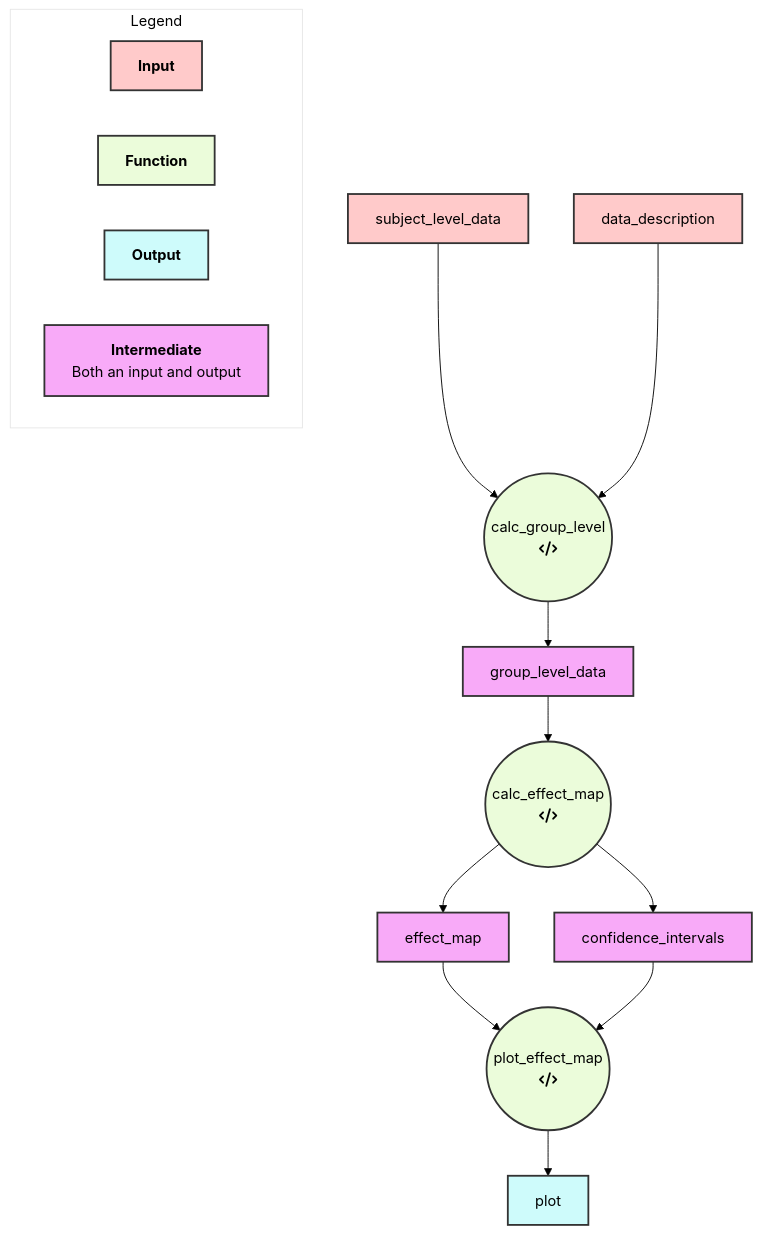
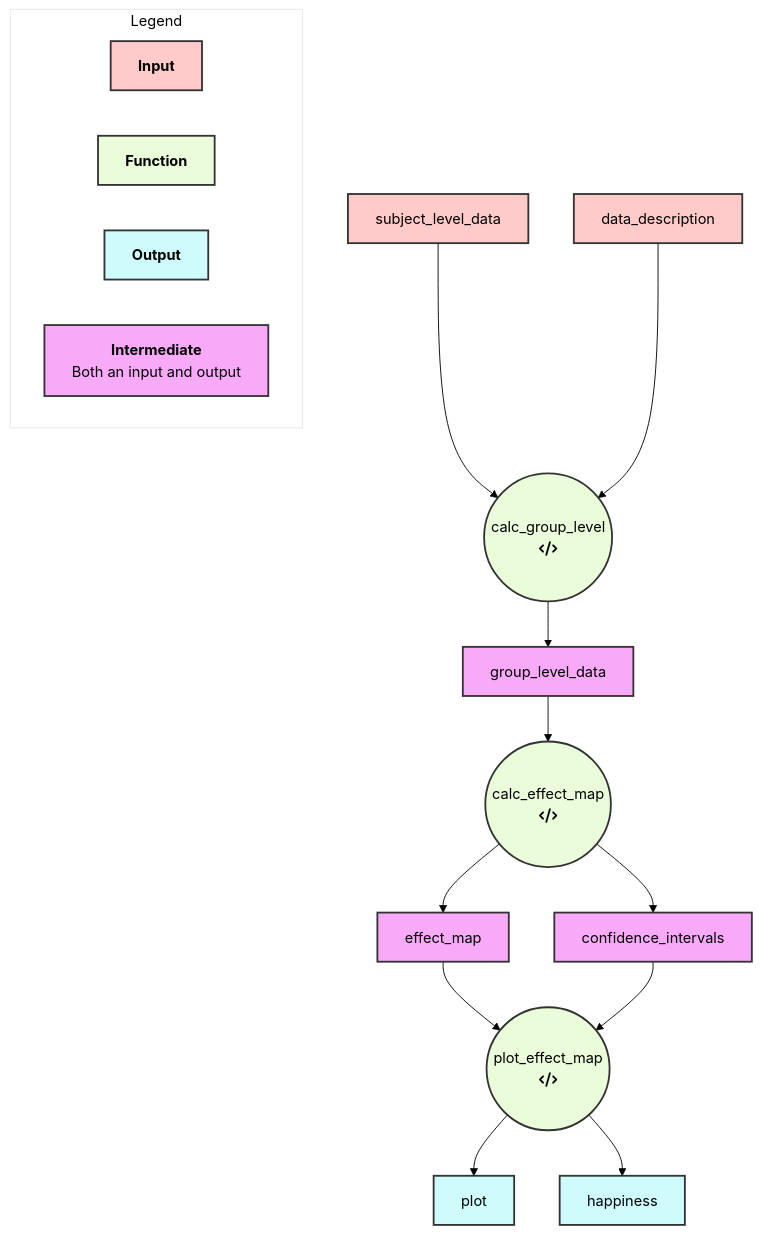
One commit to NeuroHackademy2024/vis_repo_pipeline changed the diagram in README.md. Above: the diagram before and after it, drawn with Mermaid.

Commit message:
Update README.md with new Mermaid diagram

````diff
--- a/README.md
+++ b/README.md
@@ -4,51 +4,54 @@
 ```mermaid
  %%{init: {'theme':'base', 'themeVariables': {
   'primaryColor': '#ffcaca',
   'primaryTextColor': '#000',
   'primaryBorderColor': '#000000',
   'lineColor': '#000000',
   'tertiaryColor': '#fff'
 }}}%%
 graph TD
 classDef lightRed fill:#ffcaca,stroke:#333,stroke-width:2px;
 classDef lightGreen fill:#ebfcda,stroke:#333,stroke-width:2px;
 classDef lightBlue fill:#cefbfb,stroke:#333,stroke-width:2px;
 classDef lightPurple fill:#f8aaf8,stroke:#333,stroke-width:2px;
 
 subgraph Legend
     key1[<b>Input]:::lightRed
     key2[<b>Function]:::lightGreen
     key3[<b>Output]:::lightBlue
     key4[<b>Intermediate</b><br> Both an input and output]:::lightPurple
 end
 calc_group_level(("calc_group_level")):::lightGreen
 calc_group_level(("calc_group_level
  fa:fa-code"))
 subject_level_data:::lightRed
 subject_level_data --> calc_group_level
 data_description:::lightRed
 data_description --> calc_group_level
 group_level_data:::lightBlue
 calc_group_level --> group_level_data
 calc_effect_map(("calc_effect_map")):::lightGreen
 calc_effect_map(("calc_effect_map
  fa:fa-code"))
 group_level_data --> calc_effect_map
 effect_map:::lightBlue
 calc_effect_map --> effect_map
 confidence_intervals:::lightBlue
 calc_effect_map --> confidence_intervals
 plot_effect_map(("plot_effect_map")):::lightGreen
 plot_effect_map(("plot_effect_map
  fa:fa-code"))
 effect_map --> plot_effect_map
 confidence_intervals --> plot_effect_map
 plot:::lightBlue
 plot_effect_map --> plot
+happiness:::lightBlue
+plot_effect_map --> happiness
 subject_level_data:::lightRed
 data_description:::lightRed
 group_level_data:::lightPurple
 effect_map:::lightPurple
 confidence_intervals:::lightPurple
 plot:::lightBlue
+happiness:::lightBlue
 ```
````
